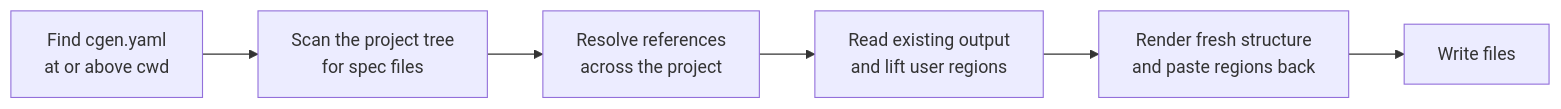
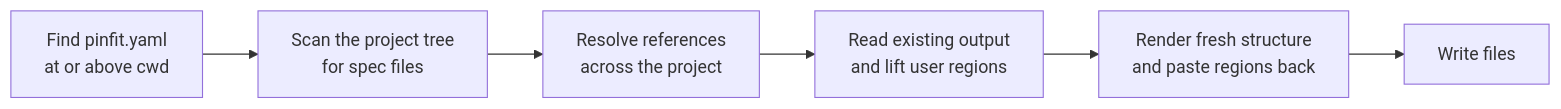
Before and after one commit to daoek/CGen: the diagram in docs/getting-started/how-it-works.md, drawn with Mermaid. The commit also changed other lines of this file and 153 other files, not shown here.

Commit message:
Rebanded CGen to pinfit

````diff
--- a/docs/getting-started/how-it-works.md
+++ b/docs/getting-started/how-it-works.md
@@ -19,8 +19,8 @@
 ```mermaid
 flowchart LR
-    A[Find cgen.yaml<br/>at or above cwd] --> B[Scan the project tree<br/>for spec files]
+    A[Find pinfit.yaml<br/>at or above cwd] --> B[Scan the project tree<br/>for spec files]
     B --> C[Resolve references<br/>across the project]
     C --> D[Read existing output<br/>and lift user regions]
     D --> E[Render fresh structure<br/>and paste regions back]
     E --> F[Write files]
 ```
````
